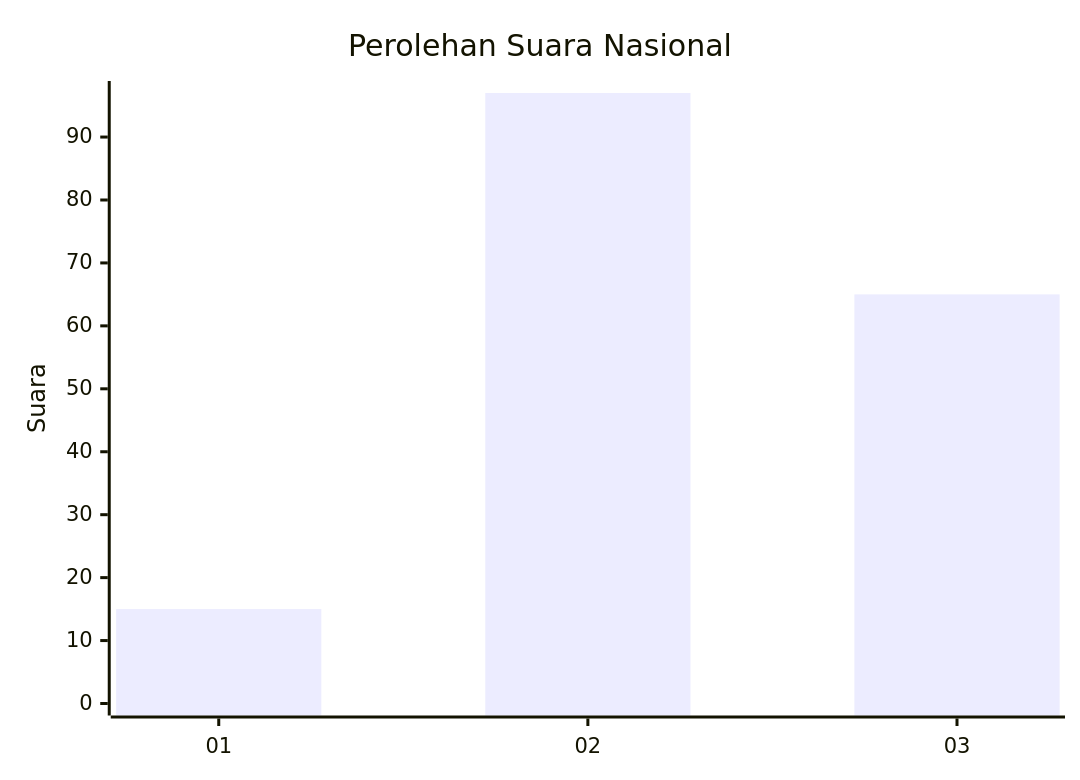
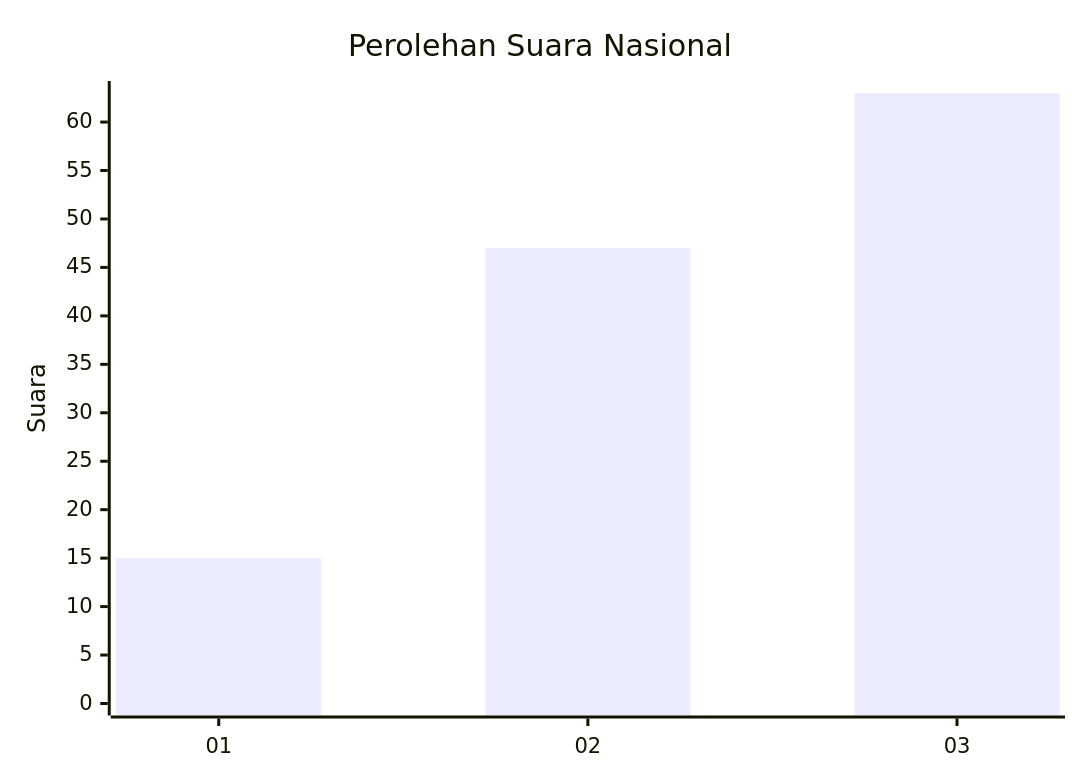
Before and after one commit to gigit-pemilu/pemilu-2024-52-nusa-tenggara-barat: the first of 2 diagrams in pilpres/hitung-suara/sub/52-nusa-tenggara-barat/sub/01-lombok-barat/sub/03-narmada/sub/2021-narmada/sub/013-tps/README.md, drawn with Mermaid. The commit also changed other lines of this file and 721 other files, not shown here.

````diff
--- a/pilpres/hitung-suara/sub/52-nusa-tenggara-barat/sub/01-lombok-barat/sub/03-narmada/sub/2021-narmada/sub/013-tps/README.md
+++ b/pilpres/hitung-suara/sub/52-nusa-tenggara-barat/sub/01-lombok-barat/sub/03-narmada/sub/2021-narmada/sub/013-tps/README.md
@@ -5,7 +5,7 @@
 ```mermaid
 xychart-beta
     title "Perolehan Suara Nasional"
     x-axis [01, 02, 03]
-    y-axis "Suara" 0 --> 97
-    bar [15, 97, 65]
+    y-axis "Suara" 0 --> 63
+    bar [15, 47, 63]
 ```
````
